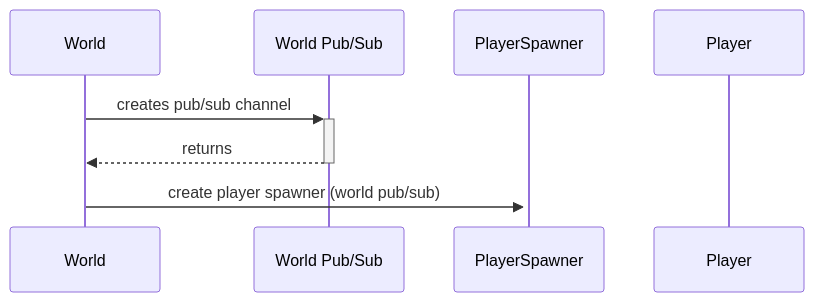
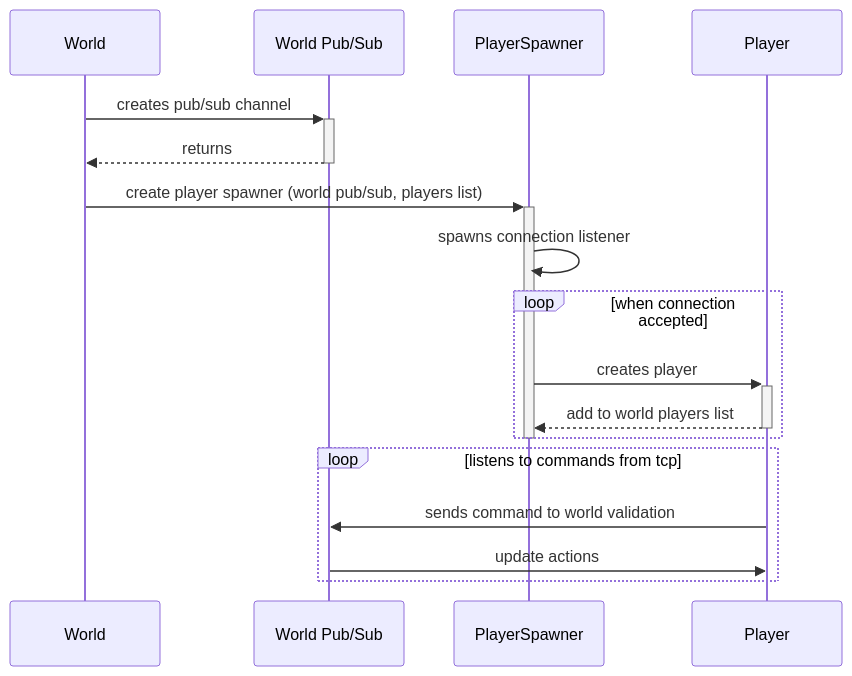
Before and after one commit to rafaignacio/peronio_server: the diagram in docs/Arc.md, drawn with Mermaid.

````diff
--- a/docs/Arc.md
+++ b/docs/Arc.md
@@ -3,13 +3,25 @@
 ```mermaid
 sequenceDiagram
 
 participant w as World
 participant wps as World Pub/Sub
 participant ps as PlayerSpawner
 participant p as Player
 
 w ->>+ wps: creates pub/sub channel
 wps -->>- w: returns
 
-w ->>+ ps: create player spawner (world pub/sub)
+w ->>+ ps: create player spawner (world pub/sub, players list)
+ps ->> ps: spawns connection listener
+loop when connection accepted
+
+ps ->>+ p: creates player
+p -->>- ps: add to world players list
+end
+deactivate ps
+
+loop listens to commands from tcp
+p ->> wps: sends command to world validation
+wps ->> p: update actions
+end
 ```
````
